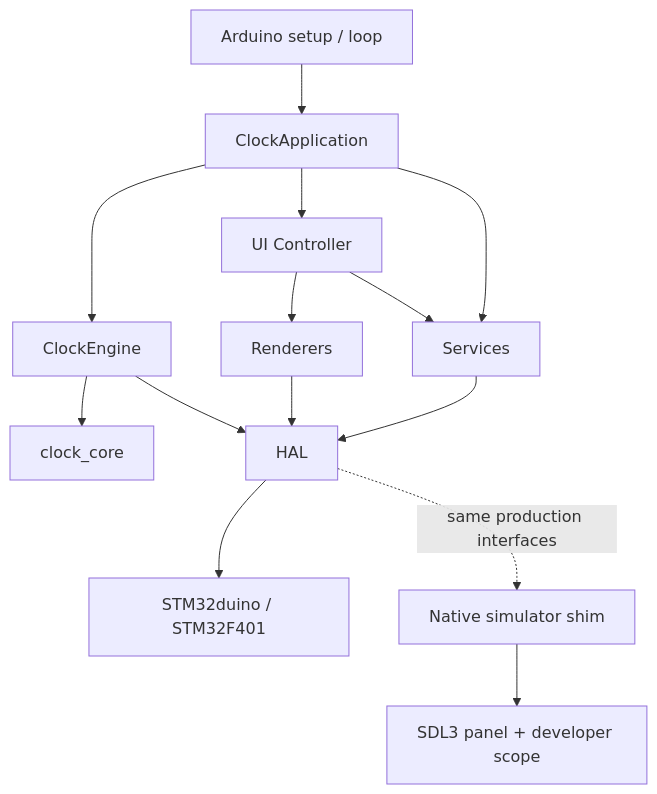
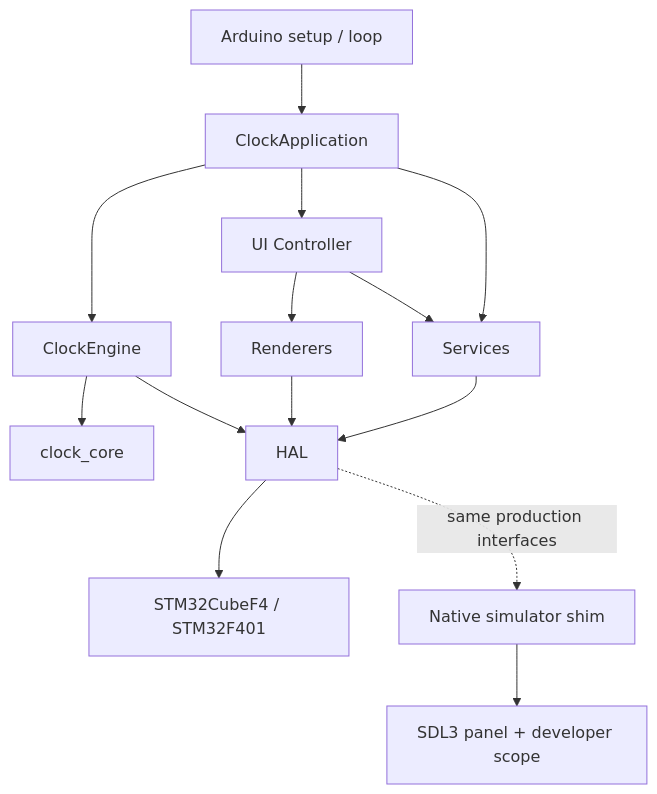
Before and after one commit to napolitano/eurorack-clock-firmware: the second of 7 diagrams in docs/ARCHITECTURE.md, drawn with Mermaid. The commit also changed other lines of this file and 46 other files, not shown here.

````diff
--- a/docs/ARCHITECTURE.md
+++ b/docs/ARCHITECTURE.md
@@ -29,16 +29,16 @@
 ```mermaid
 flowchart TB
     Entry[Arduino setup / loop] --> App[ClockApplication]
     App --> Engine[ClockEngine]
     App --> UI[UI Controller]
     App --> Services[Services]
     UI --> Renderers[Renderers]
     UI --> Services
     Engine --> Core[clock_core]
     Engine --> HAL[HAL]
     Renderers --> HAL
     Services --> HAL
-    HAL --> STM[STM32duino / STM32F401]
+    HAL --> STM[STM32CubeF4 / STM32F401]
     HAL -. same production interfaces .-> SimShim[Native simulator shim]
     SimShim --> SDL[SDL3 panel + developer scope]
 ```
````
